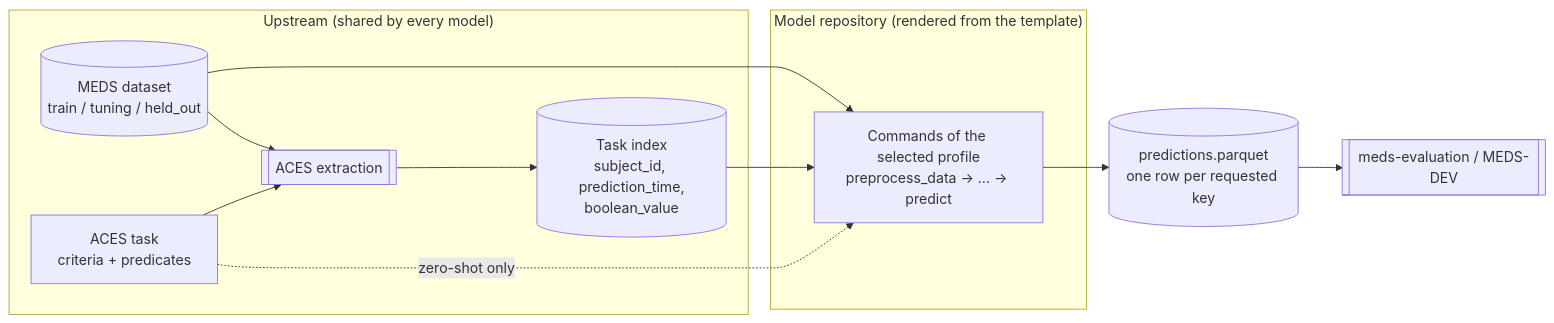
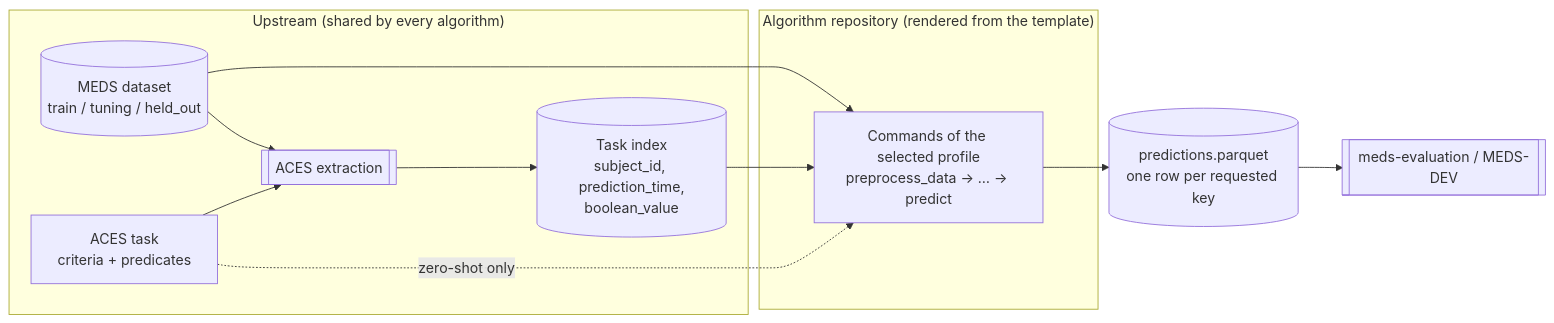
Before and after one commit to McDermottHealthAI/MEDS_algorithm_template: the diagram in docs/index.md, drawn with Mermaid. The commit also changed other lines of this file and 51 other files, not shown here.

````diff
--- a/docs/index.md
+++ b/docs/index.md
@@ -17,20 +17,20 @@
 ```mermaid
 flowchart LR
-    subgraph upstream["Upstream (shared by every model)"]
+    subgraph upstream["Upstream (shared by every algorithm)"]
         meds[(MEDS dataset<br/>train / tuning / held_out)]
         task[ACES task<br/>criteria + predicates]
         aces[[ACES extraction]]
         index[(Task index<br/>subject_id, prediction_time,<br/>boolean_value)]
         meds --> aces
         task --> aces
         aces --> index
     end
-    subgraph repo["Model repository (rendered from the template)"]
+    subgraph repo["Algorithm repository (rendered from the template)"]
         cmds["Commands of the selected profile<br/>preprocess_data → … → predict"]
     end
     meds --> cmds
     index --> cmds
     task -. zero-shot only .-> cmds
     cmds --> preds[(predictions.parquet<br/>one row per requested key)]
     preds --> eval[[meds-evaluation / MEDS-DEV]]
 ```
````
